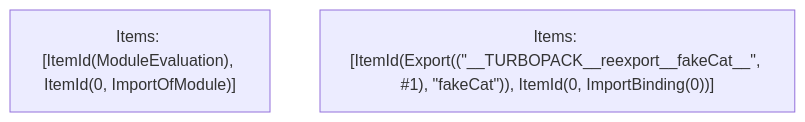
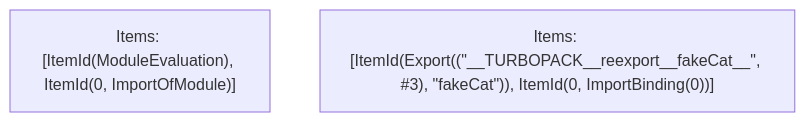
One commit to vercel/turborepo changed the fifth of 5 diagrams in crates/turbopack-ecmascript/tests/tree-shaker/analyzer/export-named/output.md. Above: the diagram before and after it, drawn with Mermaid. The commit also changed other lines of this file and 8 other files, not shown here.

````diff
--- a/crates/turbopack-ecmascript/tests/tree-shaker/analyzer/export-named/output.md
+++ b/crates/turbopack-ecmascript/tests/tree-shaker/analyzer/export-named/output.md
@@ -68,5 +68,5 @@
 ```mermaid
 graph TD
     N0["Items: [ItemId(ModuleEvaluation), ItemId(0, ImportOfModule)]"];
-    N1["Items: [ItemId(Export((&quot;__TURBOPACK__reexport__fakeCat__&quot;, #1), &quot;fakeCat&quot;)), ItemId(0, ImportBinding(0))]"];
+    N1["Items: [ItemId(Export((&quot;__TURBOPACK__reexport__fakeCat__&quot;, #3), &quot;fakeCat&quot;)), ItemId(0, ImportBinding(0))]"];
 ```
````
